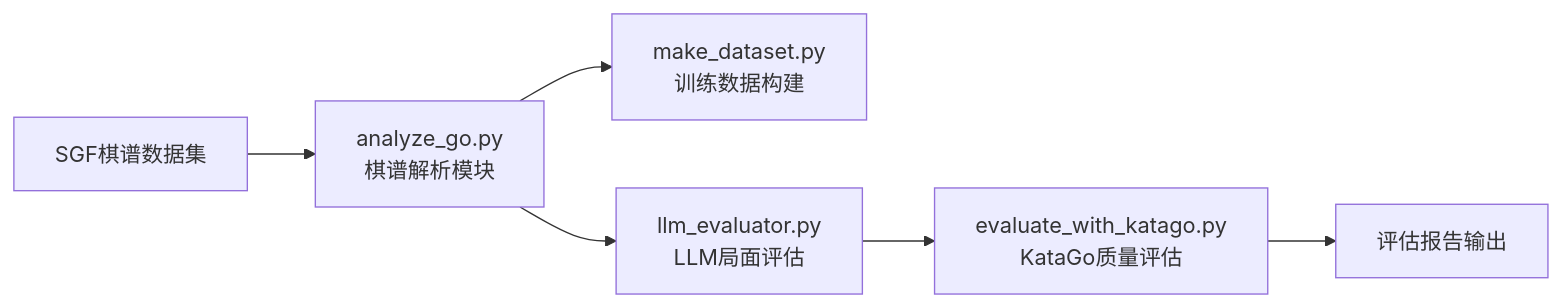
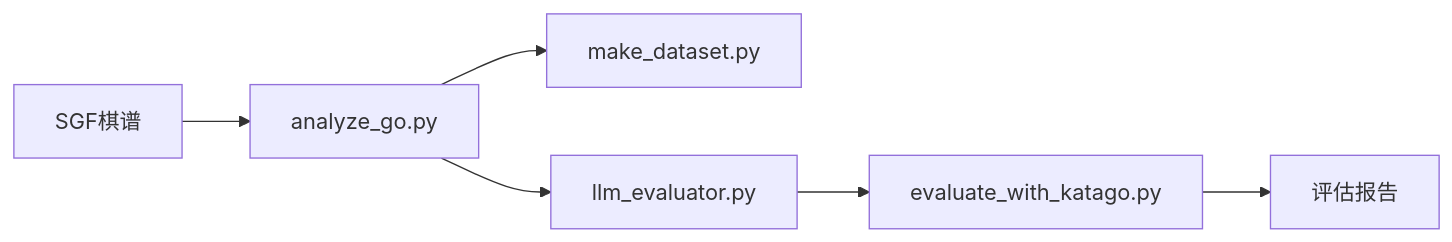
The diagram in README.md (LYH2401/AI_Go_LLM), drawn with Mermaid before and after one commit. The commit also changed other lines of this file, not shown here.

````diff
--- a/README.md
+++ b/README.md
@@ -20,8 +18,8 @@
 ```mermaid
 graph LR
-    A[SGF棋谱数据集] --> B[analyze_go.py<br/>棋谱解析模块]
-    B --> C[make_dataset.py<br/>训练数据构建]
-    B --> D[llm_evaluator.py<br/>LLM局面评估]
-    D --> E[evaluate_with_katago.py<br/>KataGo质量评估]
-    E --> F[评估报告输出]
+    A[SGF棋谱] --> B[analyze_go.py]
+    B --> C[make_dataset.py]
+    B --> D[llm_evaluator.py]
+    D --> E[evaluate_with_katago.py]
+    E --> F[评估报告]
 ```
````
